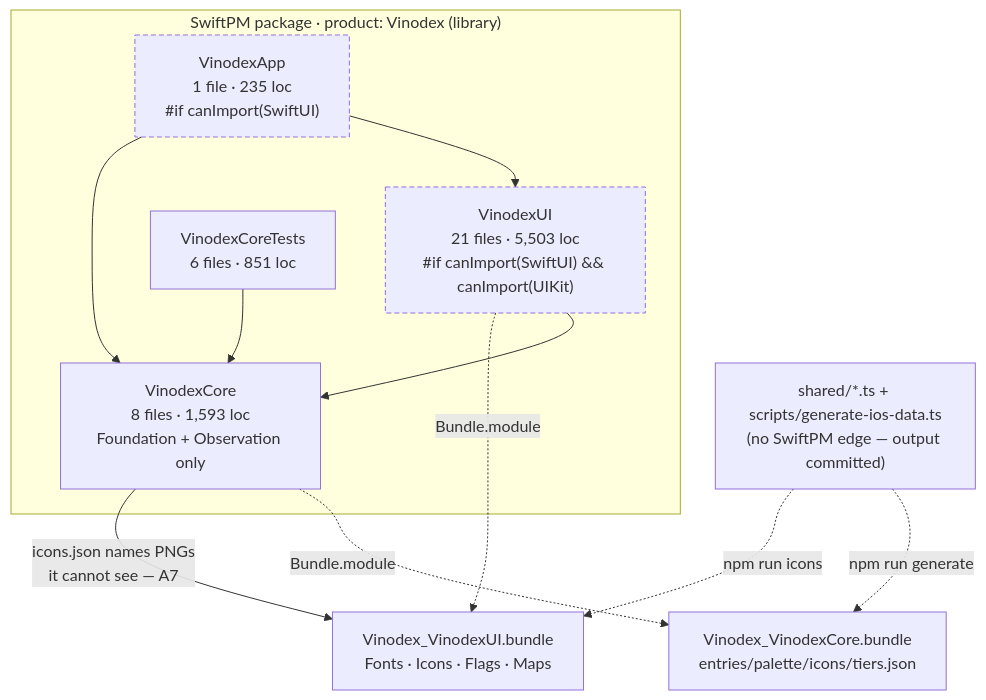
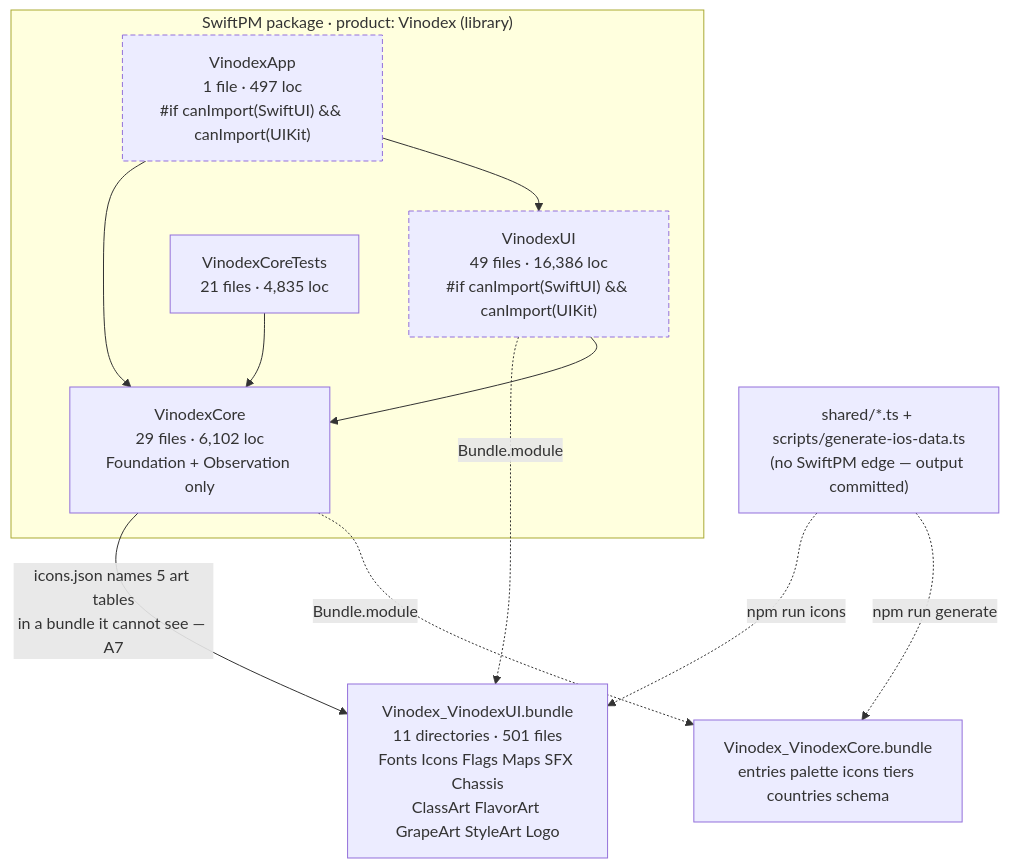
The first of 2 diagrams in godot-md/arch.md (blaikooz/vinodex-ios), drawn with Mermaid before and after one commit. The commit also changed other lines of this file and 87 other files, not shown here.

````diff
--- a/godot-md/arch.md
+++ b/godot-md/arch.md
@@ -443,25 +521,25 @@
 ```mermaid
 graph TD
   subgraph swiftpm["SwiftPM package · product: Vinodex (library)"]
-    App["VinodexApp<br/>1 file · 235 loc<br/>#if canImport(SwiftUI)"]
-    UI["VinodexUI<br/>21 files · 5,503 loc<br/>#if canImport(SwiftUI) && canImport(UIKit)"]
-    Core["VinodexCore<br/>8 files · 1,593 loc<br/>Foundation + Observation only"]
-    Tests["VinodexCoreTests<br/>6 files · 851 loc"]
+    App["VinodexApp<br/>1 file · 497 loc<br/>#if canImport(SwiftUI) && canImport(UIKit)"]
+    UI["VinodexUI<br/>49 files · 16,386 loc<br/>#if canImport(SwiftUI) && canImport(UIKit)"]
+    Core["VinodexCore<br/>29 files · 6,102 loc<br/>Foundation + Observation only"]
+    Tests["VinodexCoreTests<br/>21 files · 4,835 loc"]
   end
-  BUI["Vinodex_VinodexUI.bundle<br/>Fonts · Icons · Flags · Maps"]
-  BCore["Vinodex_VinodexCore.bundle<br/>entries/palette/icons/tiers.json"]
+  BUI["Vinodex_VinodexUI.bundle<br/>11 directories · 501 files<br/>Fonts Icons Flags Maps SFX Chassis<br/>ClassArt FlavorArt GrapeArt StyleArt Logo"]
+  BCore["Vinodex_VinodexCore.bundle<br/>entries palette icons tiers countries schema"]
   TS["shared/*.ts + scripts/generate-ios-data.ts<br/>(no SwiftPM edge — output committed)"]
 
   App --> UI
   App --> Core
   UI --> Core
   Tests --> Core
   Core -.->|Bundle.module| BCore
   UI -.->|Bundle.module| BUI
   TS -.->|npm run generate| BCore
   TS -.->|npm run icons| BUI
-  Core -->|"icons.json names PNGs<br/>it cannot see — A7"| BUI
+  Core -->|"icons.json names 5 art tables<br/>in a bundle it cannot see — A7"| BUI
 
   classDef untested stroke-dasharray: 5 3
   class UI,App untested
 ```
````
